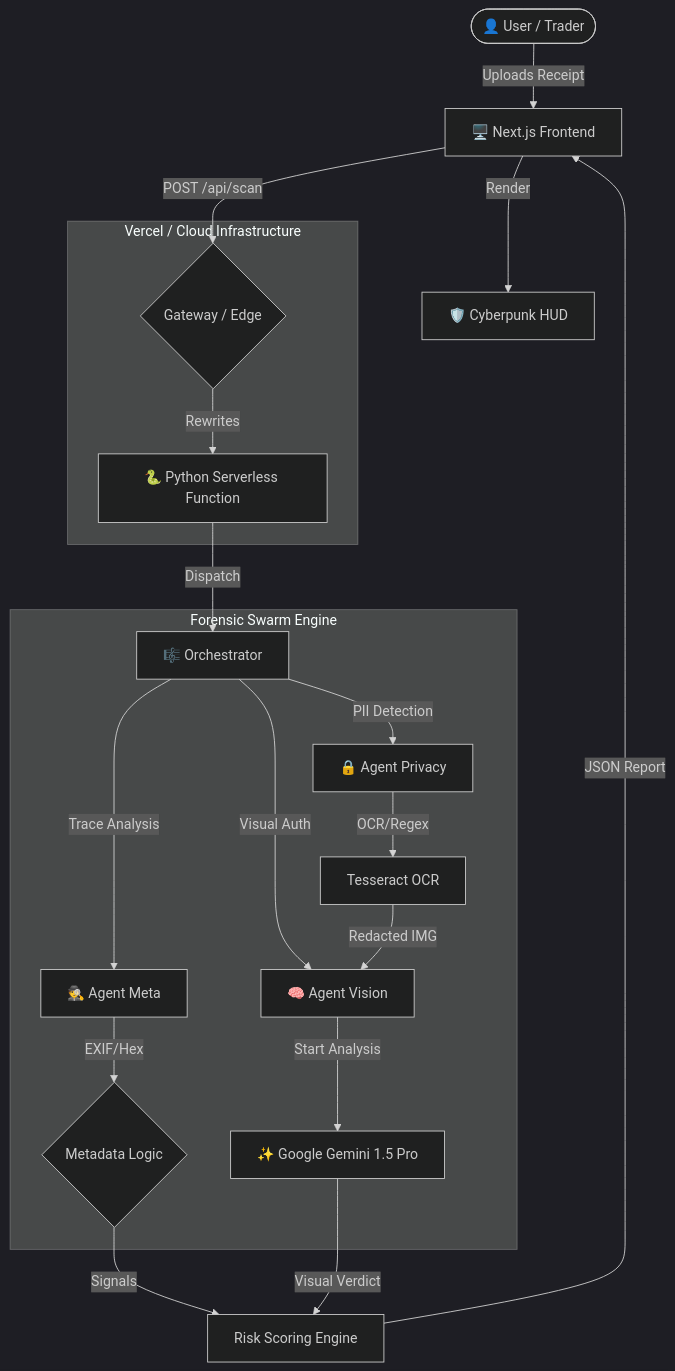
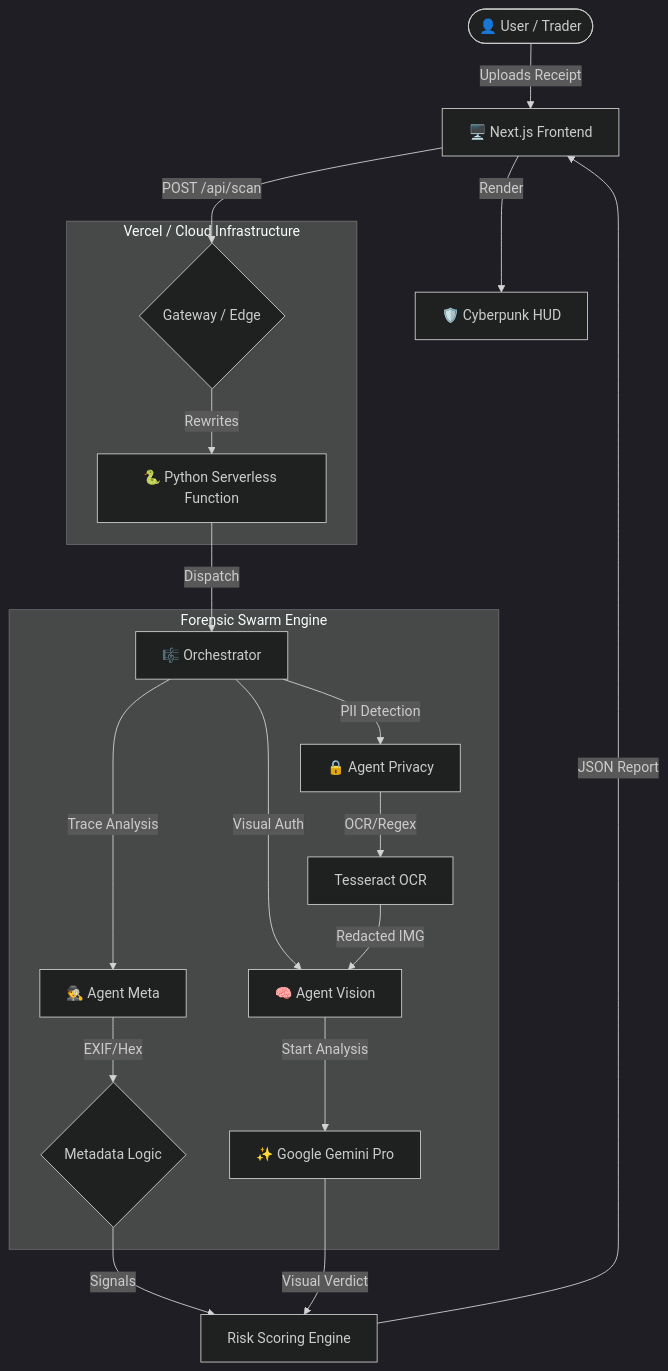
The diagram in README.md (awaisstack/hackderiv), drawn with Mermaid (dark theme) before and after one commit.

````diff
--- a/README.md
+++ b/README.md
@@ -16,27 +16,27 @@
 ```mermaid
 graph TD
     User([👤 User / Trader]) -->|Uploads Receipt| UI[🖥️ Next.js Frontend]
     UI -->|POST /api/scan| API{Gateway / Edge}
     
     subgraph "Vercel / Cloud Infrastructure"
         API -->|Rewrites| PyServer[🐍 Python Serverless Function]
     end
 
     subgraph "Forensic Swarm Engine"
         PyServer -->|Dispatch| Orch[🎼 Orchestrator]
         Orch -->|Trace Analysis| Meta[🕵️ Agent Meta]
         Orch -->|PII Detection| Priv[🔒 Agent Privacy]
         Orch -->|Visual Auth| Vision[🧠 Agent Vision]
         
         Meta -->|EXIF/Hex| ValidMeta{Metadata Logic}
         Priv -->|OCR/Regex| Tesseract[Tesseract OCR]
-        Vision -->|Start Analysis| Gemini[✨ Google Gemini 1.5 Pro]
+        Vision -->|Start Analysis| Gemini[✨ Google Gemini Pro]
     end
 
     ValidMeta -->|Signals| Aggregator[Risk Scoring Engine]
     Tesseract -->|Redacted IMG| Vision
     Gemini -->|Visual Verdict| Aggregator
     
     Aggregator -->|JSON Report| UI
     UI -->|Render| HUD[🛡️ Cyberpunk HUD]
 ```
````
